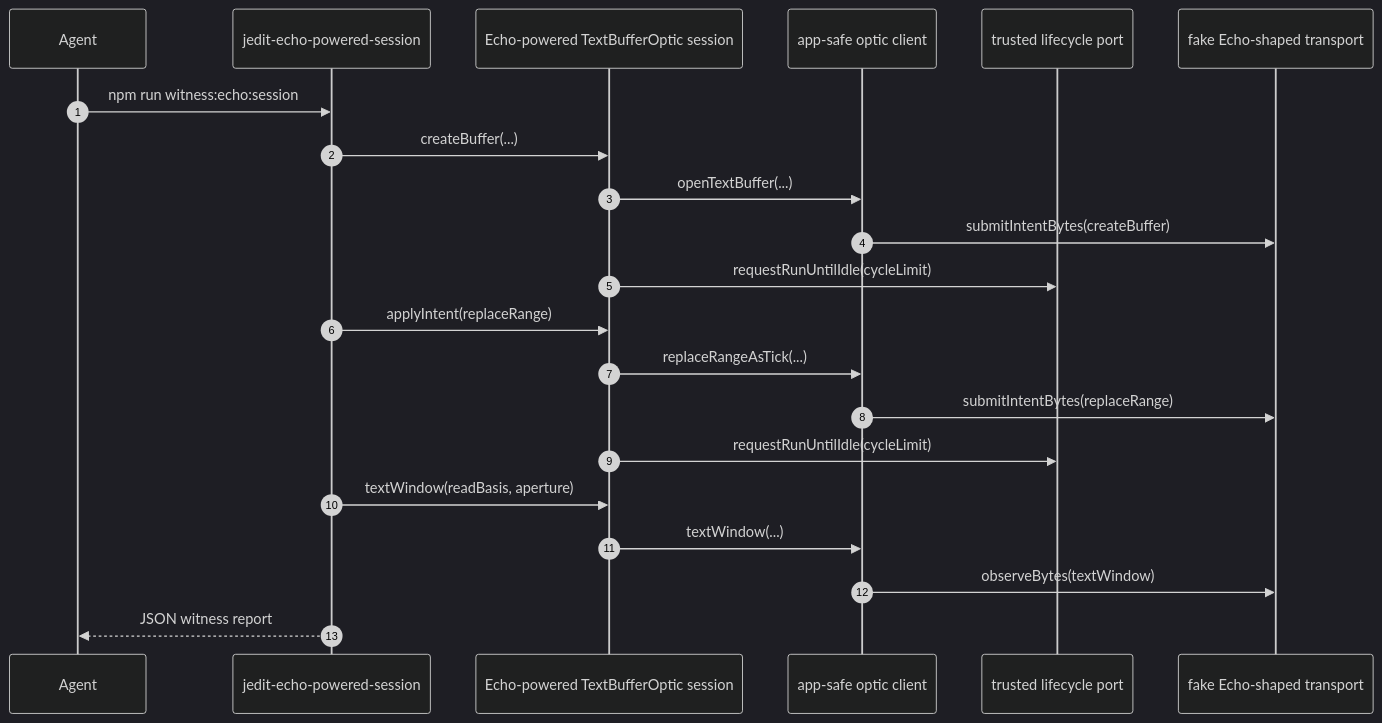
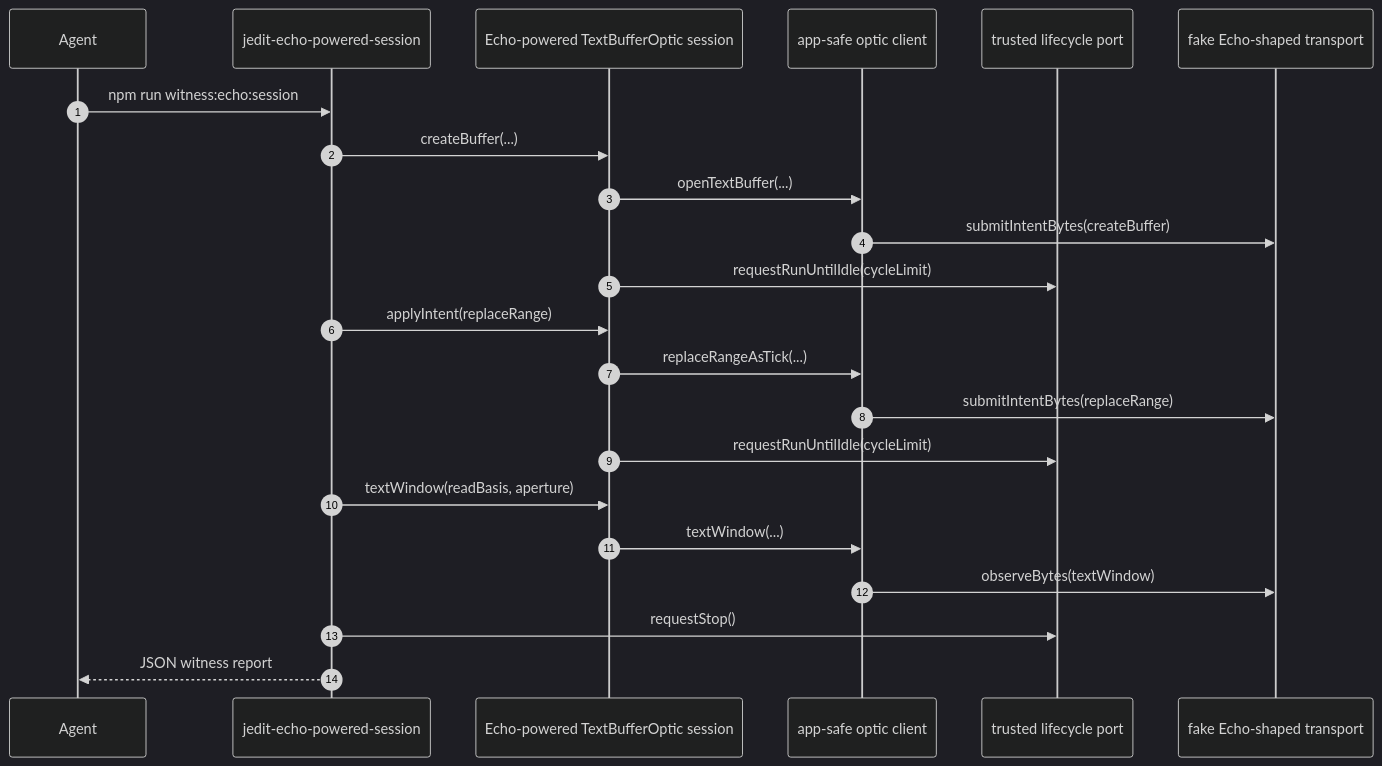
Diagram 11 of 13 in docs/jedit-echo-end-to-end.md (flyingrobots/jedit), drawn with Mermaid (dark theme) before and after one commit. The commit also changed other lines of this file and 6 other files, not shown here.

````diff
--- a/docs/jedit-echo-end-to-end.md
+++ b/docs/jedit-echo-end-to-end.md
@@ -820,24 +822,25 @@
 ```mermaid
 sequenceDiagram
   autonumber
   participant Agent
   participant CLI as jedit-echo-powered-session
   participant Session as Echo-powered TextBufferOptic session
   participant Client as app-safe optic client
   participant Lifecycle as trusted lifecycle port
   participant Transport as fake Echo-shaped transport
 
   Agent->>CLI: npm run witness:echo:session
   CLI->>Session: createBuffer(...)
   Session->>Client: openTextBuffer(...)
   Client->>Transport: submitIntentBytes(createBuffer)
   Session->>Lifecycle: requestRunUntilIdle(cycleLimit)
   CLI->>Session: applyIntent(replaceRange)
   Session->>Client: replaceRangeAsTick(...)
   Client->>Transport: submitIntentBytes(replaceRange)
   Session->>Lifecycle: requestRunUntilIdle(cycleLimit)
   CLI->>Session: textWindow(readBasis, aperture)
   Session->>Client: textWindow(...)
   Client->>Transport: observeBytes(textWindow)
+  CLI->>Lifecycle: requestStop()
   CLI-->>Agent: JSON witness report
 ```
````
